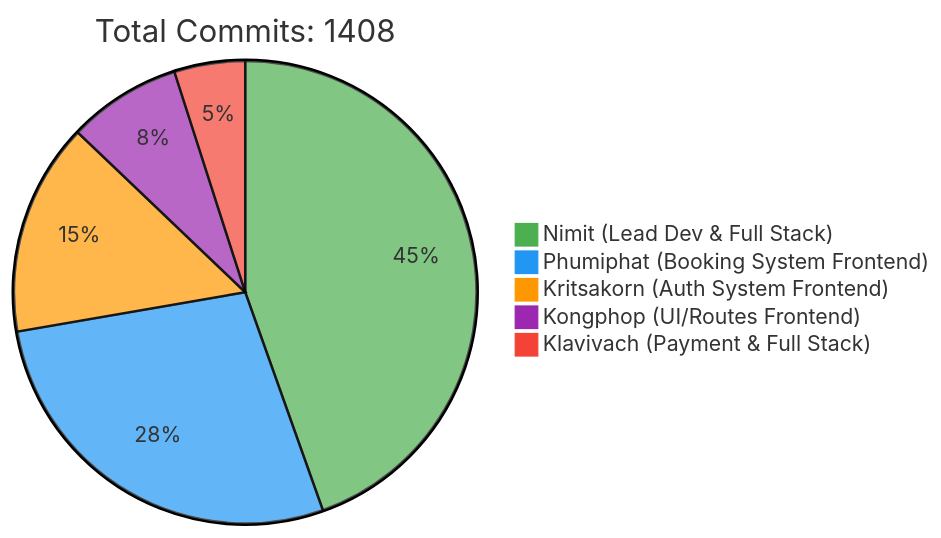
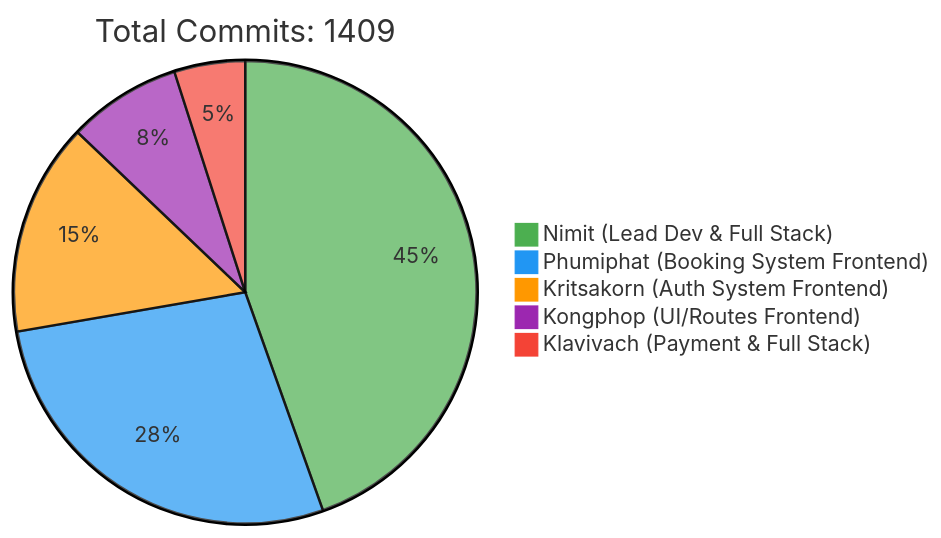
Before and after one commit to 6531503042/Sport-Complex: the first of 2 diagrams in README.md, drawn with Mermaid. The commit also changed other lines of this file, not shown here.

Commit message:
docs: Update contributor statistics [skip ci]

````diff
--- a/README.md
+++ b/README.md
@@ -257,10 +257,10 @@
 ```mermaid
 %%{init: {'theme': 'base', 'themeVariables': { 'pie1': '#4CAF50', 'pie2': '#2196F3', 'pie3': '#FF9800', 'pie4': '#9C27B0', 'pie5': '#F44336'}}}%%
 pie
-    title Total Commits: 1408
+    title Total Commits: 1409
     "Nimit (Lead Dev & Full Stack)" : 450
     "Phumiphat (Booking System Frontend)" : 280
     "Kritsakorn (Auth System Frontend)" : 150
     "Kongphop (UI/Routes Frontend)" : 80
     "Klavivach (Payment & Full Stack)" : 50
 ```
````
